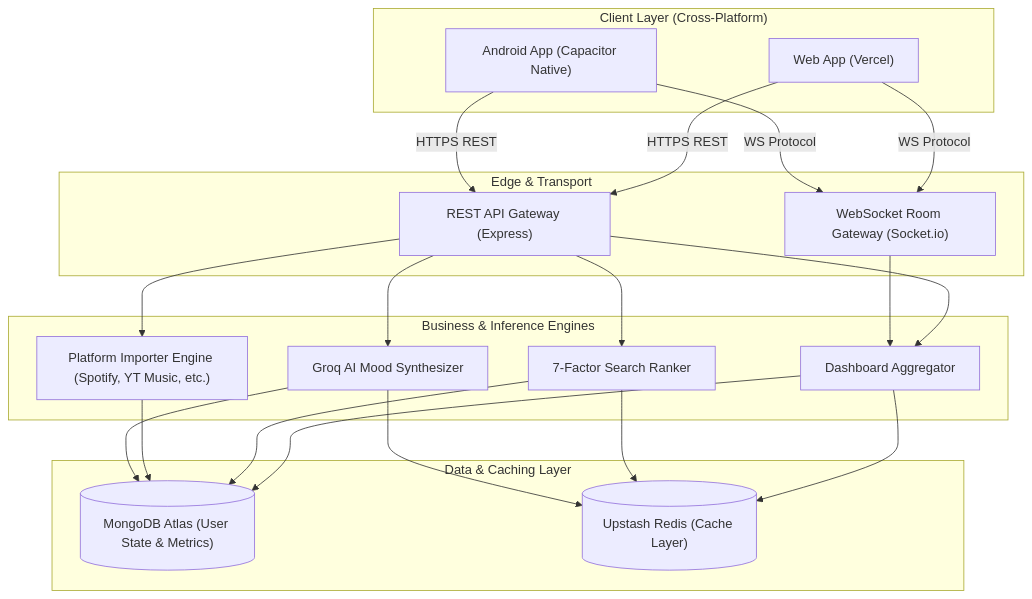
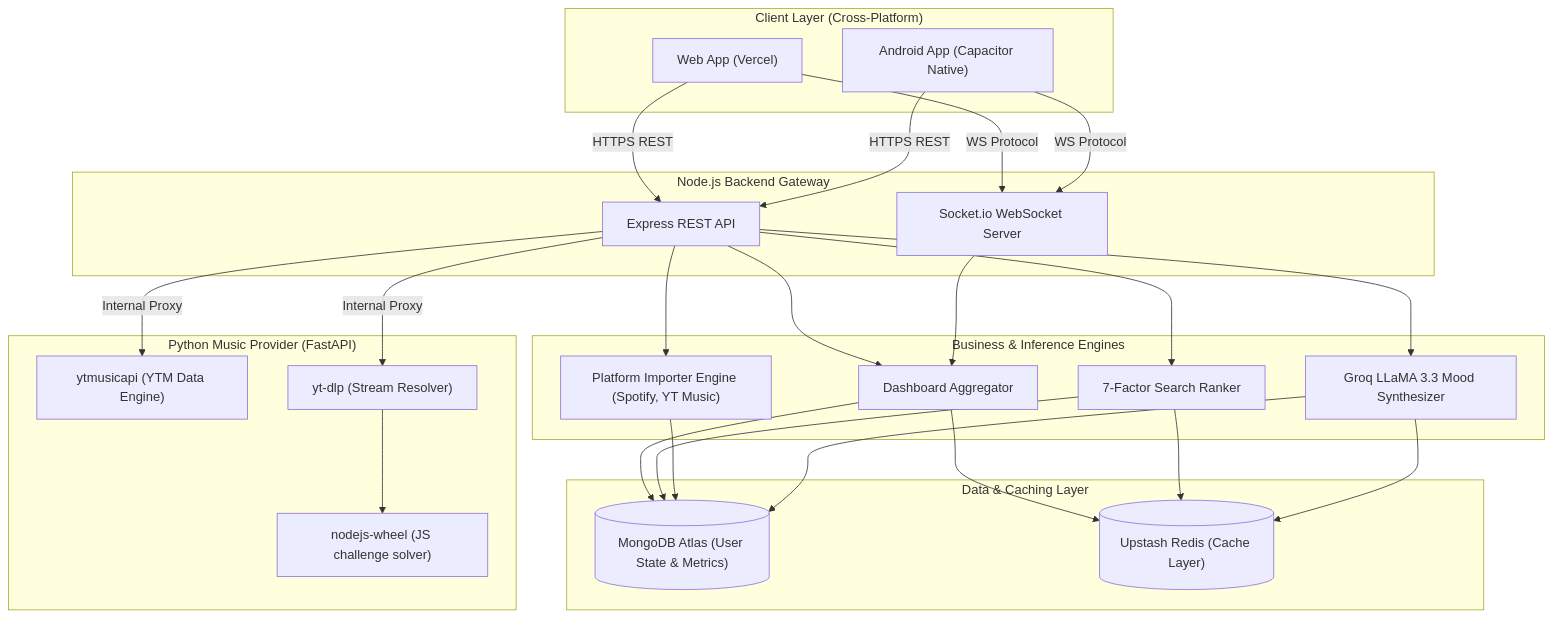
The diagram in README.md (itslokeshx/SoulSync), drawn with Mermaid before and after one commit. The commit also changed other lines of this file, not shown here.

Commit message:
docs: update README with detailed description of the Python music provider service, cookies setup, and inline sleep timer

````diff
--- a/README.md
+++ b/README.md
@@ -46,33 +48,41 @@
 ```mermaid
 flowchart TD
     subgraph Client ["Client Layer (Cross-Platform)"]
         Web["Web App (Vercel)"]
         Android["Android App (Capacitor Native)"]
     end
 
-    subgraph Proxy ["Edge & Transport"]
-        REST["REST API Gateway (Express)"]
-        WS["WebSocket Room Gateway (Socket.io)"]
+    subgraph Proxy ["Node.js Backend Gateway"]
+        REST["Express REST API"]
+        WS["Socket.io WebSocket Server"]
+    end
+
+    subgraph Provider ["Python Music Provider (FastAPI)"]
+        YTM["ytmusicapi (YTM Data Engine)"]
+        YTDL["yt-dlp (Stream Resolver)"]
+        NodeWheel["nodejs-wheel (JS challenge solver)"]
     end
 
     subgraph Backend ["Business & Inference Engines"]
         Ranker["7-Factor Search Ranker"]
-        Import["Platform Importer Engine (Spotify, YT Music, etc.)"]
-        AI["Groq AI Mood Synthesizer"]
+        Import["Platform Importer Engine (Spotify, YT Music)"]
+        AI["Groq LLaMA 3.3 Mood Synthesizer"]
         Dash["Dashboard Aggregator"]
     end
 
     subgraph Infrastructure ["Data & Caching Layer"]
         Mongo[("MongoDB Atlas (User State & Metrics)")]
         Redis[("Upstash Redis (Cache Layer)")]
     end
 
     Web & Android -->|HTTPS REST| REST
     Web & Android -->|WS Protocol| WS
 
     REST --> Dash & Ranker & Import & AI
+    REST -->|Internal Proxy| YTM & YTDL
+    YTDL --> NodeWheel
     WS --> Dash
 
     Dash & Ranker & Import & AI --> Mongo
     Dash & Ranker & AI --> Redis
 ```
````
